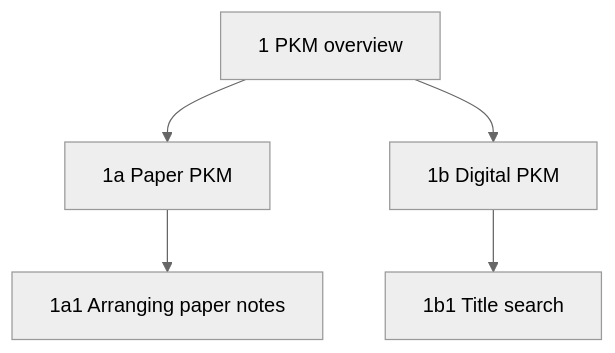
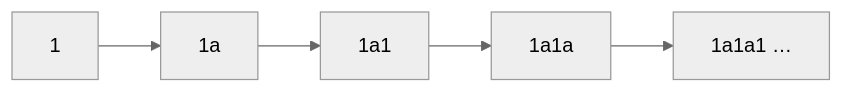
One commit to Yurii7812/homepage changed the second of 4 diagrams in en/paper-pkm/guide.md. Above: the diagram before and after it, drawn with Mermaid (neutral theme). The commit also changed other lines of this file and 3 other files, not shown here.

Commit message:
Clarify paper PKM diagrams and reference ink

````diff
--- a/en/paper-pkm/guide.md
+++ b/en/paper-pkm/guide.md
@@ -55,7 +73,4 @@
 ```mermaid
-flowchart TD
-A["1 PKM overview"] --> B["1a Paper PKM"]
-  A --> C["1b Digital PKM"]
-  B --> D["1a1 Arranging paper notes"]
-  C --> E["1b1 Title search"]
+flowchart LR
+  A["1"] --> B["1a"] --> C["1a1"] --> D["1a1a"] --> E["1a1a1 …"]
 ```
````
